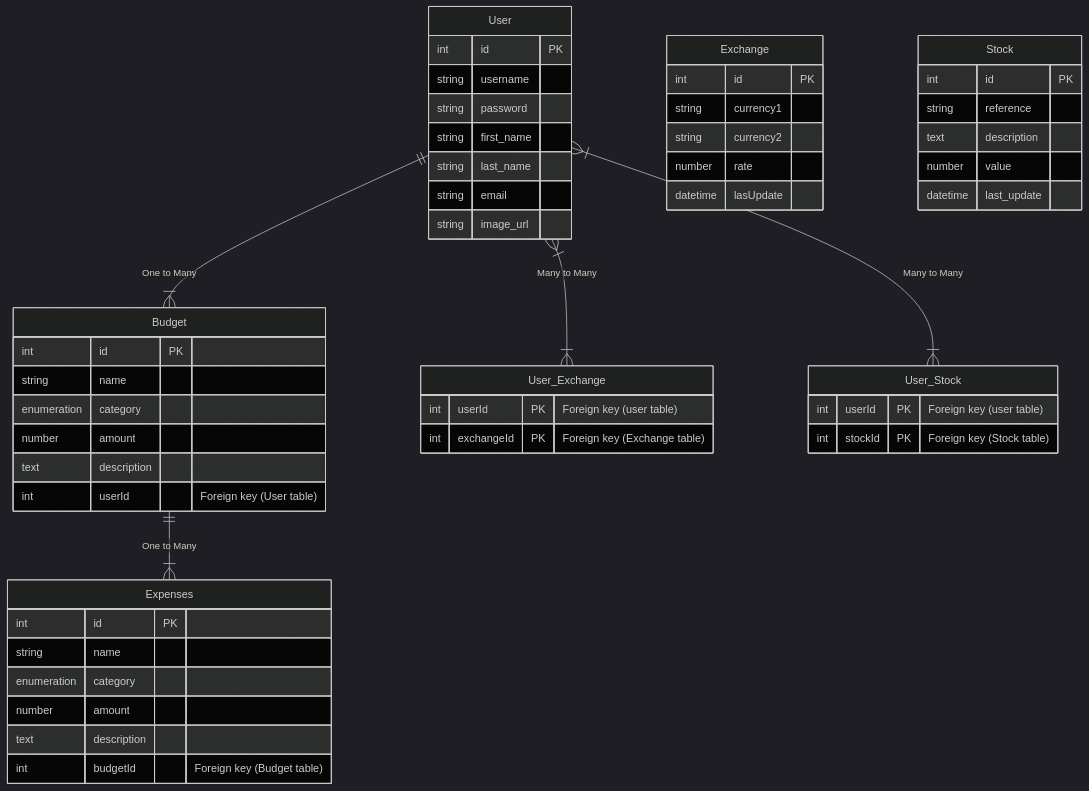
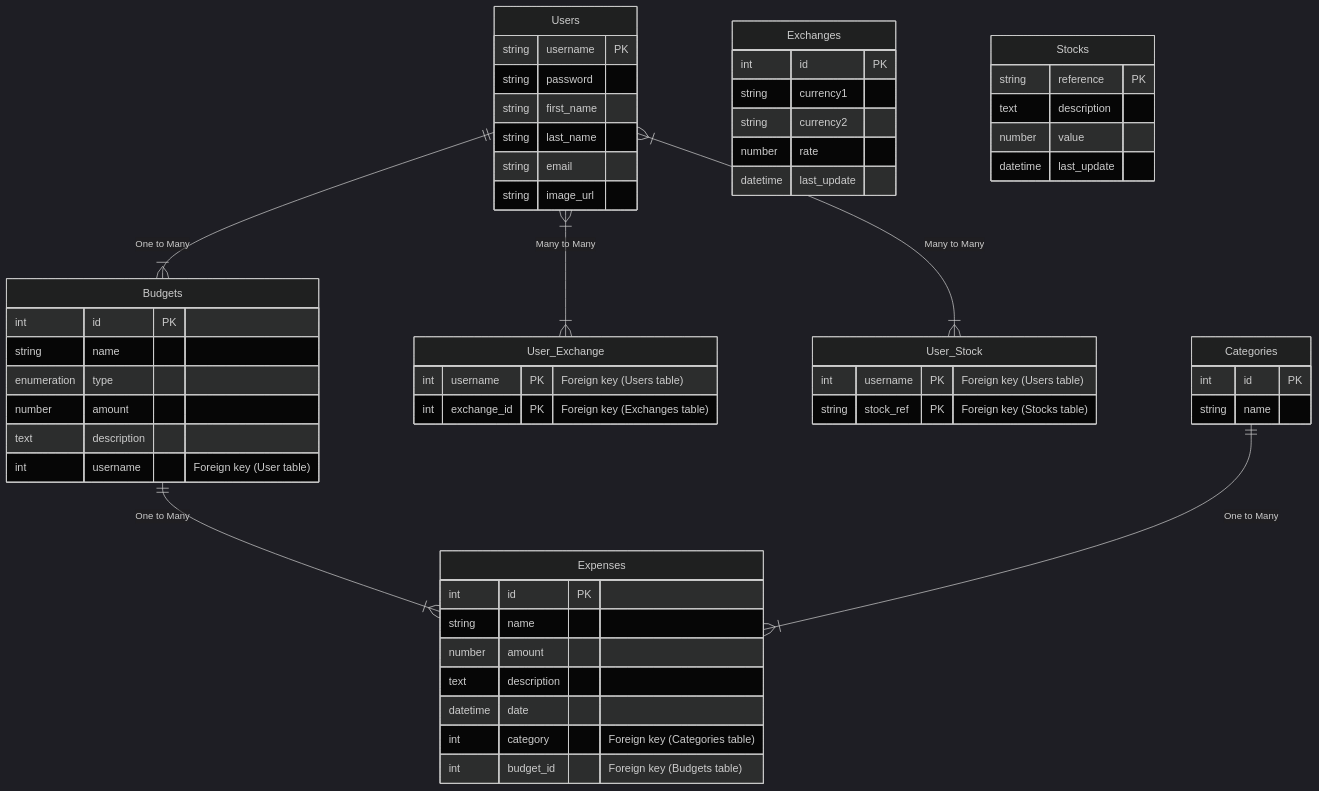
Before and after one commit to Fogaroli/expenseer: the diagram in documentation/database.md, drawn with Mermaid (dark theme). The commit also changed 9 other files, not shown here.

````diff
--- a/documentation/database.md
+++ b/documentation/database.md
@@ -1,60 +1,64 @@
 ```Mermaid
 
 erDiagram
-    User ||--|{ Budget : "One to Many"
-    Budget ||--|{ Expenses : "One to Many"
-    User }|--|{ User_Exchange : "Many to Many"
-    User }|--|{ User_Stock : "Many to Many"
+    Users ||--|{ Budgets : "One to Many"
+    Budgets ||--|{ Expenses : "One to Many"
+    Users }|--|{ User_Exchange : "Many to Many"
+    Users }|--|{ User_Stock : "Many to Many"
+    Categories ||--|{ Expenses : "One to Many"
 
-    User {
-        int id PK
-        string username
+    Users {
+        string username PK
         string password
         string first_name
         string last_name
         string email
         string image_url
     }
-    Budget {
+    Categories {
         int id PK
         string name
-        enumeration category
+    }
+    Budgets {
+        int id PK
+        string name
+        enumeration type
         number amount
         text description
-        int userId "Foreign key (User table)"
+        int username "Foreign key (User table)"
 
     }
     Expenses {
         int id PK
         string name
-        enumeration category
         number amount
         text description
-        int budgetId "Foreign key (Budget table)"
+        datetime date
+        int category "Foreign key (Categories table)"
+        int budget_id "Foreign key (Budgets table)"
     }
-    Exchange {
+    Exchanges {
         int id PK
         string currency1
         string currency2
         number rate
-        datetime lasUpdate
+        datetime last_update
     }
 
     User_Exchange {
-        int userId PK "Foreign key (user table)"        
-        int exchangeId PK "Foreign key (Exchange table)"        
+        int username PK "Foreign key (Users table)"        
+        int exchange_id PK "Foreign key (Exchanges table)"        
     }
 
-    Stock {
-        int id PK
-        string reference
+    Stocks {
+        string reference PK
         text description
         number value
         datetime last_update
     }
 
     User_Stock {
-        int userId PK "Foreign key (user table)"        
-        int stockId PK "Foreign key (Stock table)"                         
+        int username PK "Foreign key (Users table)"        
+        string stock_ref PK "Foreign key (Stocks table)"                         
     }
 ```
````
